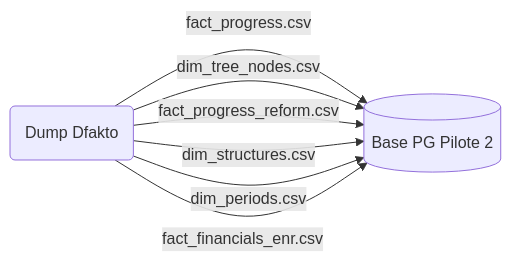
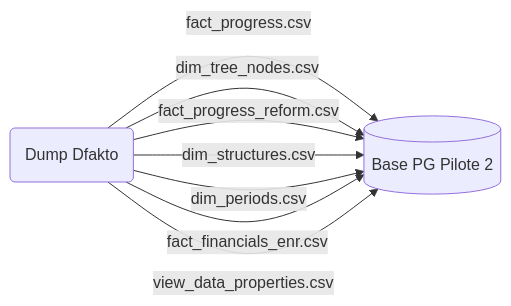
The third of 4 diagrams in data/README.md (DITP-pilotage/pilote-2), drawn with Mermaid before and after one commit. The commit also changed other lines of this file, not shown here.

Commit message:
chore: mise à jour du readme data (197)

````diff
--- a/data/README.md
+++ b/data/README.md
@@ -221,9 +220,10 @@
 ``` mermaid
 graph LR
 DFAK(Dump Dfakto) --> |fact_progress.csv| PG[(Base PG Pilote 2)]
 DFAK --> |dim_tree_nodes.csv| PG
 DFAK --> |fact_progress_reform.csv| PG
 DFAK --> |dim_structures.csv| PG
 DFAK --> |dim_periods.csv| PG
 DFAK --> |fact_financials_enr.csv| PG
+DFAK --> |view_data_properties.csv| PG
 ```
````
